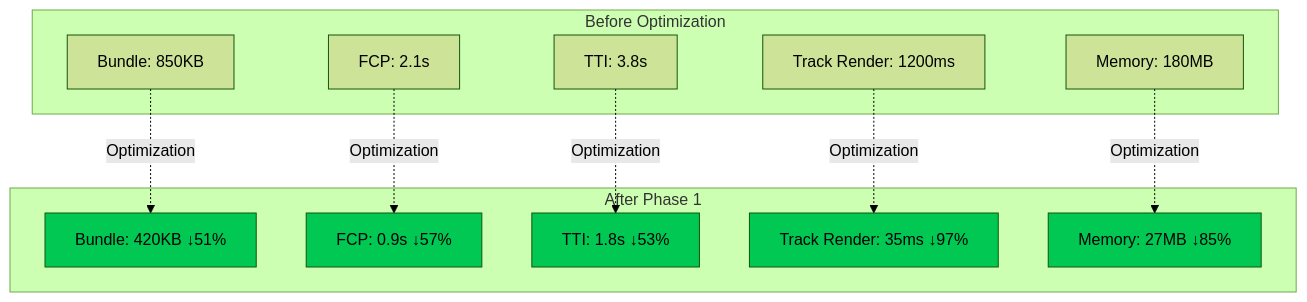
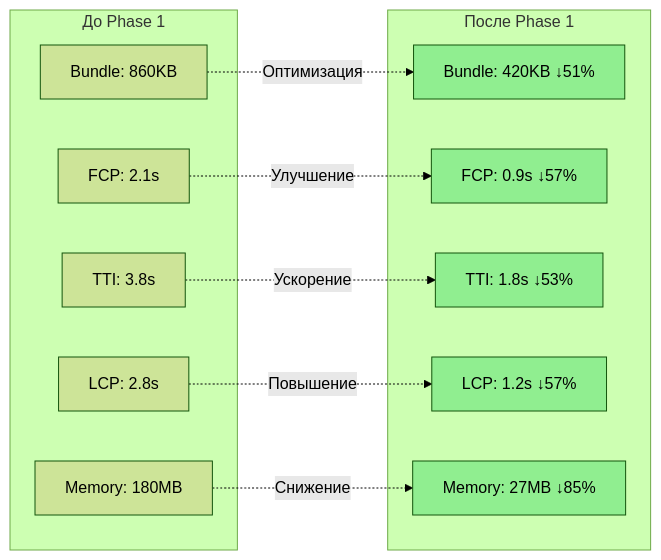
The ninth of 9 diagrams in README.md (HOW2AI-AGENCY/albert3-muse-synth-studio), drawn with Mermaid (forest theme) before and after one commit. The commit also changed other lines of this file, not shown here.

````diff
--- a/README.md
+++ b/README.md
@@ -562,30 +765,30 @@
 ```mermaid
-graph TB
-    subgraph "Before Optimization"
-        B1[Bundle: 850KB]
-        B2[FCP: 2.1s]
-        B3[TTI: 3.8s]
-        B4[Track Render: 1200ms]
-        B5[Memory: 180MB]
+graph LR
+    subgraph "До Phase 1"
+        A1[Bundle: 860KB]
+        A2[FCP: 2.1s]
+        A3[TTI: 3.8s]
+        A4[LCP: 2.8s]
+        A5[Memory: 180MB]
     end
     
-    subgraph "After Phase 1"
-        A1[Bundle: 420KB ↓51%]
-        A2[FCP: 0.9s ↓57%]
-        A3[TTI: 1.8s ↓53%]
-        A4[Track Render: 35ms ↓97%]
-        A5[Memory: 27MB ↓85%]
+    subgraph "После Phase 1"
+        B1[Bundle: 420KB ↓51%]
+        B2[FCP: 0.9s ↓57%]
+        B3[TTI: 1.8s ↓53%]
+        B4[LCP: 1.2s ↓57%]
+        B5[Memory: 27MB ↓85%]
     end
     
-    B1 -.->|Optimization| A1
-    B2 -.->|Optimization| A2
-    B3 -.->|Optimization| A3
-    B4 -.->|Optimization| A4
-    B5 -.->|Optimization| A5
+    A1 -.->|Оптимизация| B1
+    A2 -.->|Улучшение| B2
+    A3 -.->|Ускорение| B3
+    A4 -.->|Повышение| B4
+    A5 -.->|Снижение| B5
     
-    style A1 fill:#00C853
-    style A2 fill:#00C853
-    style A3 fill:#00C853
-    style A4 fill:#00C853
-    style A5 fill:#00C853
+    style B1 fill:#90EE90
+    style B2 fill:#90EE90
+    style B3 fill:#90EE90
+    style B4 fill:#90EE90
+    style B5 fill:#90EE90
 ```
````
